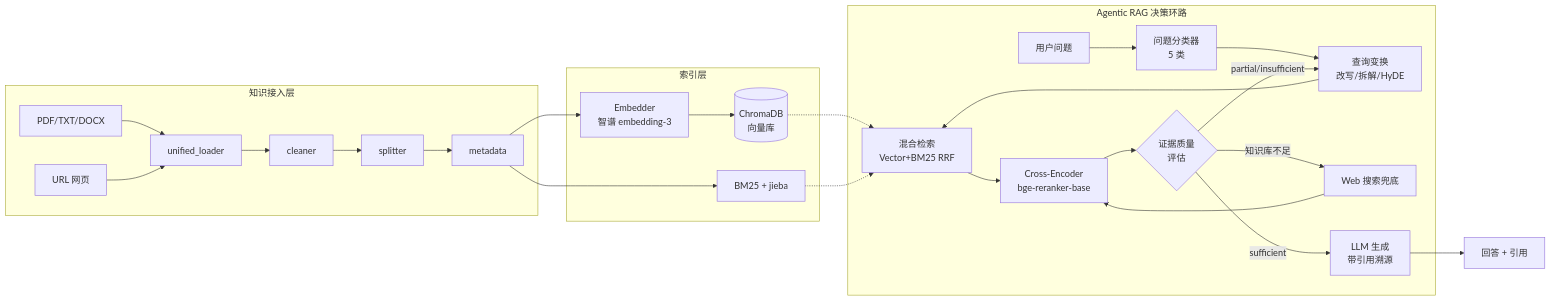
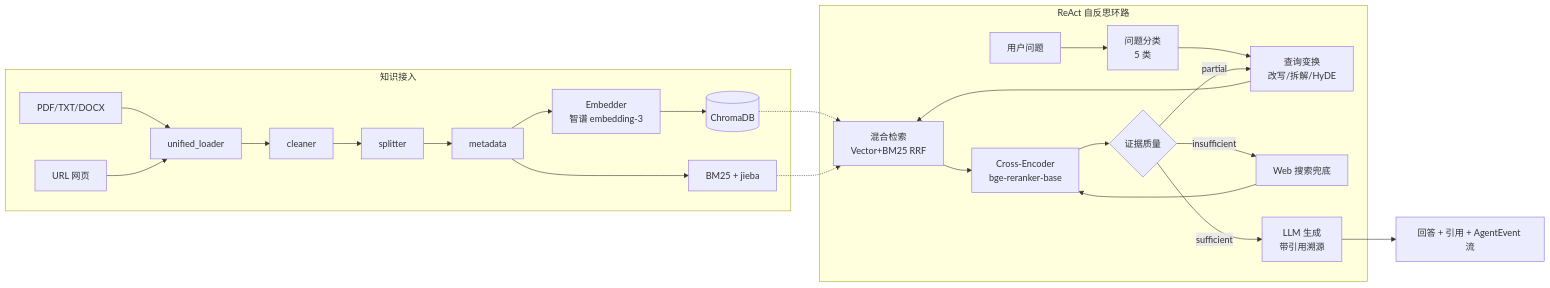
Before and after one commit to Melodymll01/riskpilot-cross-border-data-agent: the second of 2 diagrams in README.md, drawn with Mermaid. The commit also changed other lines of this file and 2 other files, not shown here.

````diff
--- a/README.md
+++ b/README.md
@@ -22,30 +88,27 @@
 ```mermaid
 flowchart LR
-    subgraph Ingest[知识接入层]
+    subgraph Ingest[知识接入]
         A1[PDF/TXT/DOCX] --> L[unified_loader]
         A2[URL 网页] --> L
         L --> C[cleaner] --> S[splitter] --> M[metadata]
+        M --> E[Embedder<br/>智谱 embedding-3]
+        M --> B[BM25 + jieba]
+        E --> V[(ChromaDB)]
     end
 
-    subgraph Index[索引层]
-        M --> E[Embedder<br/>智谱 embedding-3]
-        M --> B[BM25 + jieba]
-        E --> V[(ChromaDB<br/>向量库)]
-    end
-
-    subgraph Agent[Agentic RAG 决策环路]
-        Q[用户问题] --> QC[问题分类器<br/>5 类]
+    subgraph Agent[ReAct 自反思环路]
+        Q[用户问题] --> QC[问题分类<br/>5 类]
         QC --> QT[查询变换<br/>改写/拆解/HyDE]
         QT --> R[混合检索<br/>Vector+BM25 RRF]
         V -.-> R
         B -.-> R
         R --> RR[Cross-Encoder<br/>bge-reranker-base]
-        RR --> EC{证据质量<br/>评估}
-        EC -- partial/insufficient --> QT
-        EC -- 知识库不足 --> WS[Web 搜索兜底]
+        RR --> EC{证据质量}
+        EC -- partial --> QT
+        EC -- insufficient --> WS[Web 搜索兜底]
         WS --> RR
         EC -- sufficient --> GEN[LLM 生成<br/>带引用溯源]
     end
 
-    GEN --> ANS[回答 + 引用]
+    GEN --> ANS[回答 + 引用 + AgentEvent 流]
 ```
````
